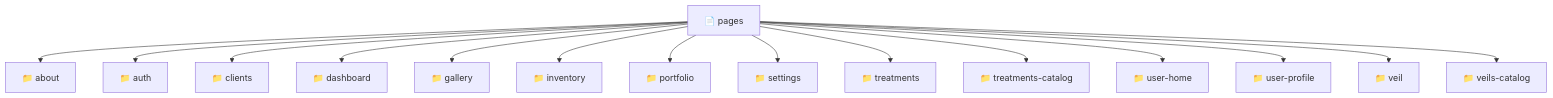
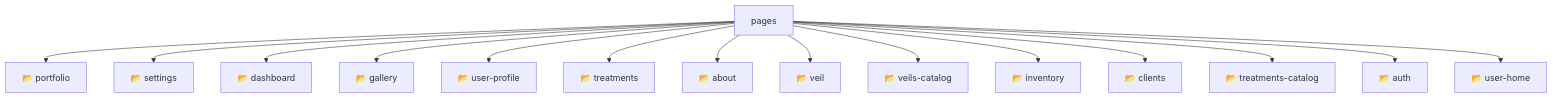
The diagram in frontend/src/pages/README.md (beginwebdev2002/fullstack-mavluda), drawn with Mermaid before and after one commit. The commit also changed other lines of this file and 155 other files, not shown here.

````diff
--- a/frontend/src/pages/README.md
+++ b/frontend/src/pages/README.md
@@ -10,18 +14,18 @@
 ```mermaid
 graph TD
-  Root["📄 pages"]
-  Root --> about["📁 about"]
-  Root --> auth["📁 auth"]
-  Root --> clients["📁 clients"]
-  Root --> dashboard["📁 dashboard"]
-  Root --> gallery["📁 gallery"]
-  Root --> inventory["📁 inventory"]
-  Root --> portfolio["📁 portfolio"]
-  Root --> settings["📁 settings"]
-  Root --> treatments["📁 treatments"]
-  Root --> treatmentscatalog["📁 treatments-catalog"]
-  Root --> userhome["📁 user-home"]
-  Root --> userprofile["📁 user-profile"]
-  Root --> veil["📁 veil"]
-  Root --> veilscatalog["📁 veils-catalog"]
+    Root[pages]
+    Root --> F0[📂 portfolio]
+    Root --> F1[📂 settings]
+    Root --> F2[📂 dashboard]
+    Root --> F3[📂 gallery]
+    Root --> F4[📂 user-profile]
+    Root --> F5[📂 treatments]
+    Root --> F6[📂 about]
+    Root --> F7[📂 veil]
+    Root --> F8[📂 veils-catalog]
+    Root --> F9[📂 inventory]
+    Root --> F10[📂 clients]
+    Root --> F11[📂 treatments-catalog]
+    Root --> F12[📂 auth]
+    Root --> F13[📂 user-home]
 ```
````
